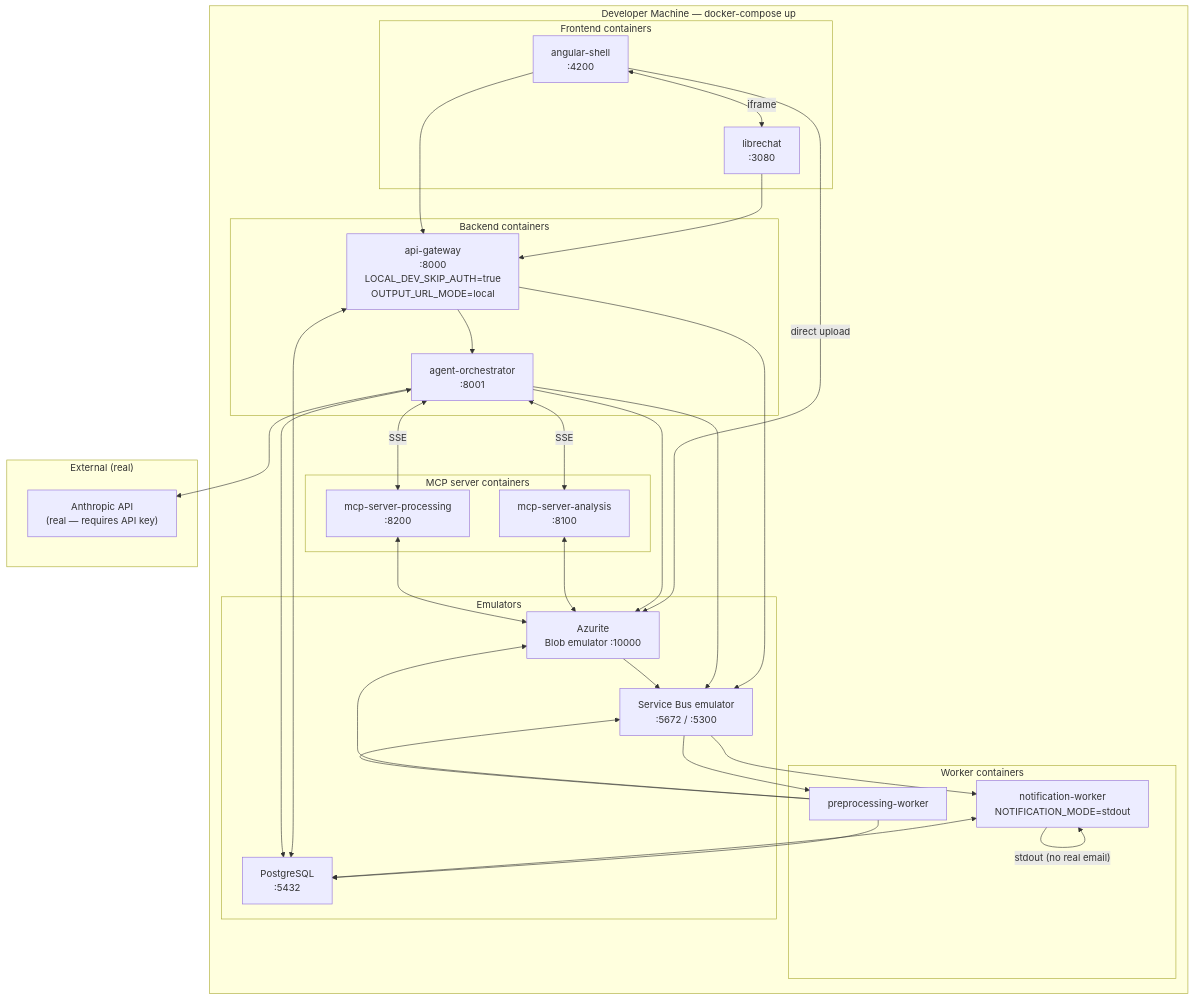
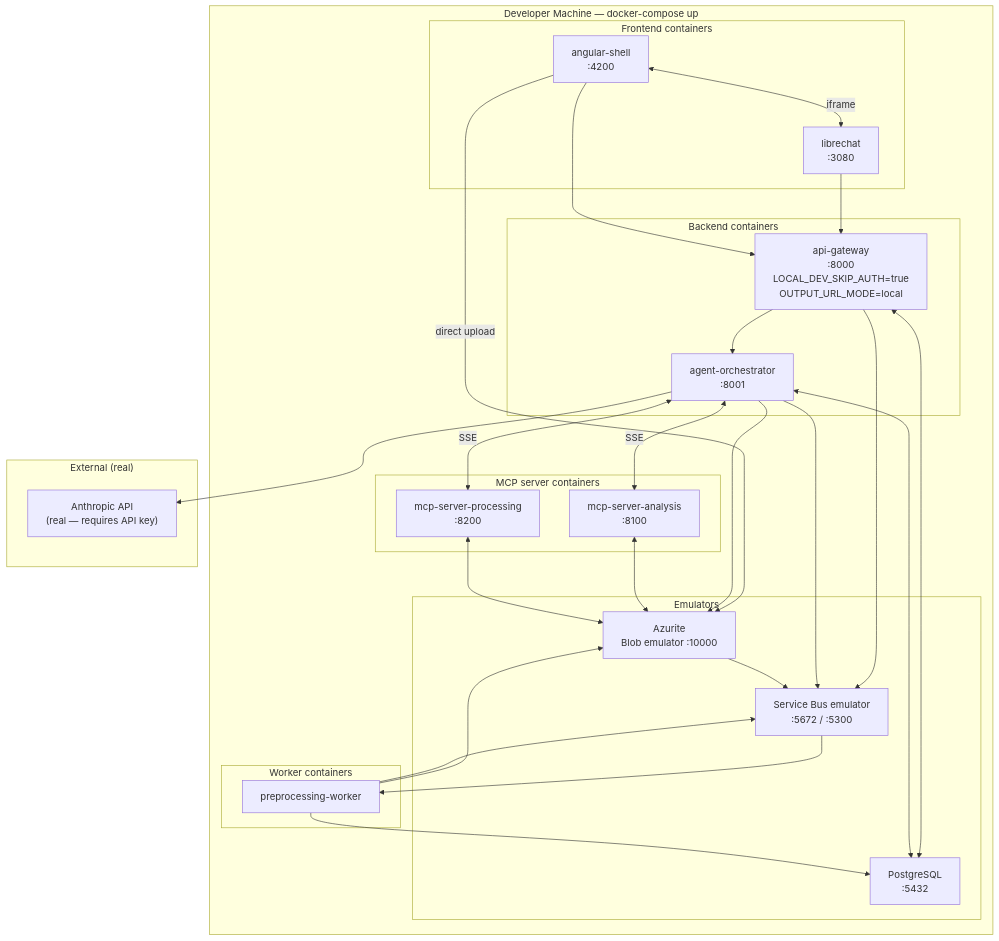
The second of 3 diagrams in docs/architecture.md (cibis/video-extract-agents), drawn with Mermaid before and after one commit. The commit also changed other lines of this file and 31 other files, not shown here.

````diff
--- a/docs/architecture.md
+++ b/docs/architecture.md
@@ -591,60 +564,56 @@
 ```mermaid
 graph TD
     subgraph Host["Developer Machine — docker-compose up"]
 
         subgraph FE["Frontend containers"]
             ANGULAR["angular-shell\n:4200"]
             LC["librechat\n:3080"]
         end
 
         subgraph BE["Backend containers"]
             GW["api-gateway\n:8000\nLOCAL_DEV_SKIP_AUTH=true\nOUTPUT_URL_MODE=local"]
             ORC["agent-orchestrator\n:8001"]
         end
 
         subgraph MCP["MCP server containers"]
             MCA["mcp-server-analysis\n:8100"]
             MCPP["mcp-server-processing\n:8200"]
         end
 
         subgraph WRK["Worker containers"]
             PPW["preprocessing-worker"]
-            NW["notification-worker\nNOTIFICATION_MODE=stdout"]
         end
 
         subgraph EMU["Emulators"]
             AZ["Azurite\nBlob emulator :10000"]
             PGDB["PostgreSQL\n:5432"]
             SBE["Service Bus emulator\n:5672 / :5300"]
         end
 
     end
 
     subgraph External["External (real)"]
         ANTHROPIC["Anthropic API\n(real — requires API key)"]
     end
 
     ANGULAR <-->|iframe| LC
     LC --> GW
     ANGULAR --> GW
     ANGULAR -->|direct upload| AZ
     GW --> ORC
     GW <--> PGDB
     GW --> SBE
     ORC <-->|SSE| MCA
     ORC <-->|SSE| MCPP
     ORC --> ANTHROPIC
     ORC <--> PGDB
     ORC --> AZ
     ORC --> SBE
     MCA <--> AZ
     MCPP <--> AZ
     AZ --> SBE
     SBE --> PPW
     PPW --> AZ
     PPW --> PGDB
     PPW --> SBE
-    SBE --> NW
-    NW <--> PGDB
-    NW -->|"stdout (no real email)"| NW
 ```
````
